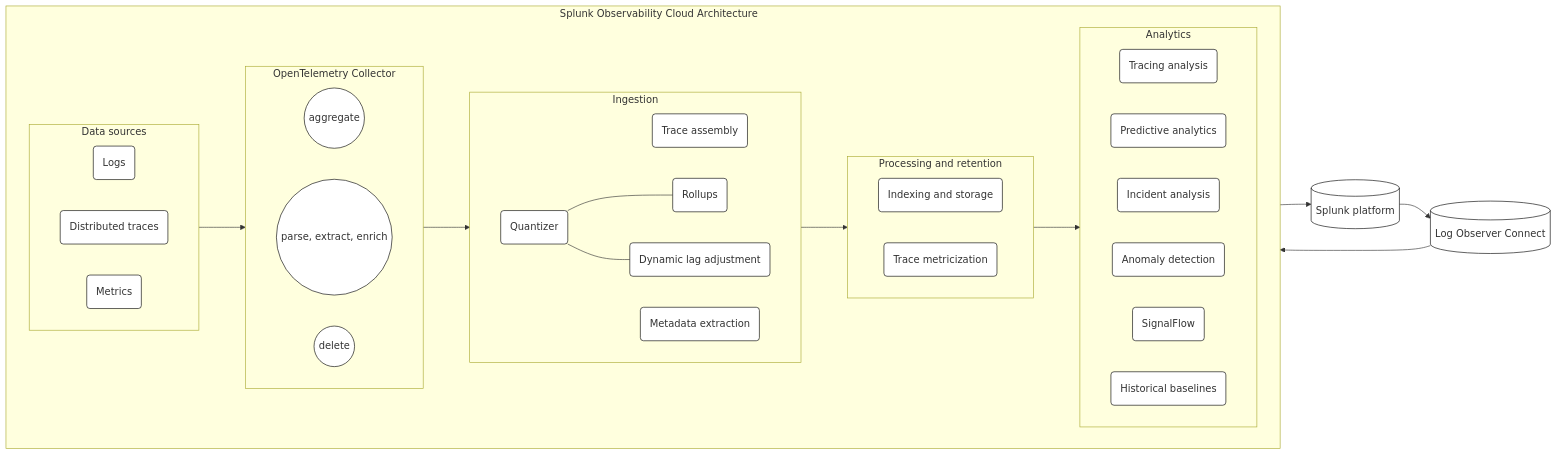
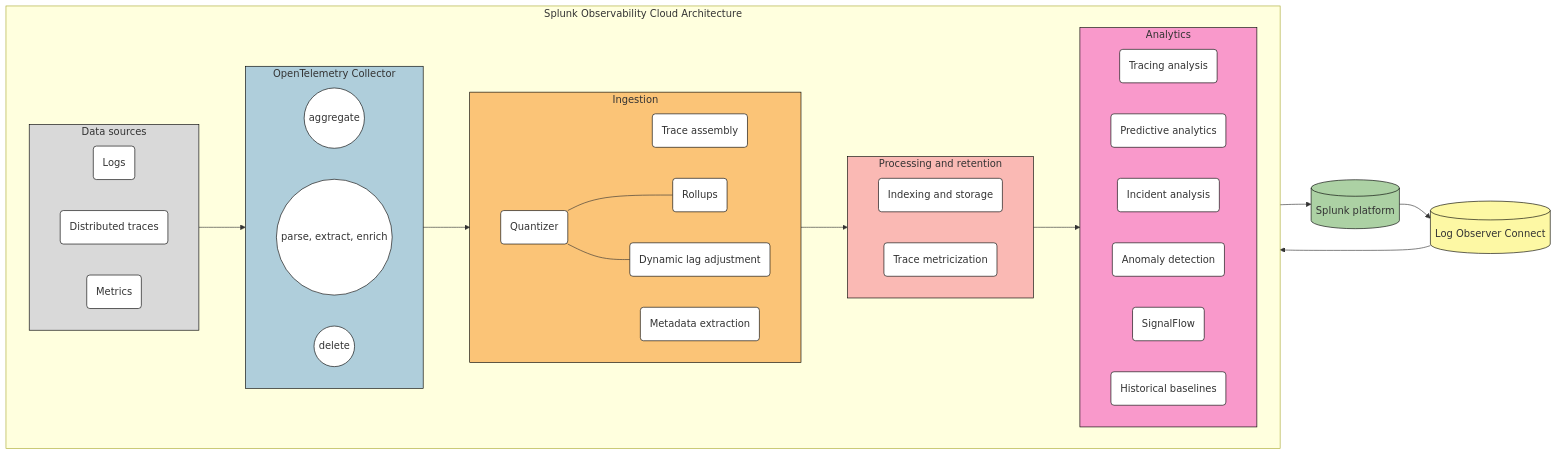
Before and after one commit to splunk/public-o11y-docs: the diagram in get-started/o11y-architecture.rst, drawn with Mermaid.

Commit message:
Add colors

```diff
--- a/get-started/o11y-architecture.rst
+++ b/get-started/o11y-architecture.rst
@@ -27,14 +27,25 @@
   flowchart LR
       %% LR indicates the direction (left-to-right)
 
-      %% You can define classes to style nodes and oth
+
       classDef default fill:#FFFFFF, stroke:#000
-      log-->splunkPlatform[(Splunk platform)]-->logObserver[(Log Observer Connect)]-->analytics
+      classDef platform fill:#acd1a4, stroke:#000
+      classDef loc fill:#fdf8a4, stroke:#000
+      classDef dataColor fill:#d9d9d9, stroke:#000
+      classDef otelColor fill:#afcedb, stroke:#000
+      classDef ingestionColor fill:#fbc477, stroke:#000
+      classDef processingColor fill:#fab9b4, stroke:#000
+      classDef analyticsColor fill:#f999cb, stroke:#000
+
+      log-->splunkPlatform[(Splunk platform)]:::platform-->logObserver[(Log Observer Connect)]:::loc-->analytics
       
-      subgraph o11yArchitecture[&nbsp&nbsp&nbsp&nbsp&nbsp&nbsp&nbsp&nbsp&nbsp&nbspSplunk Observability Cloud Architecture]
+      subgraph o11yArchitecture[Splunk Observability Cloud Architecture]
       direction LR
-        data-->otel-->ingestion-->processingRetention-->analytics
+        data-->otel-->ingestion
+        ingestion-->processingRetention-->analytics
 
+        class data dataColor
+        
         subgraph data[Data sources]
             direction LR
             log(Logs)
@@ -42,12 +53,16 @@
             metric(Metrics)
         end 
         
+        class otel otelColor
+
         subgraph otel[OpenTelemetry Collector]
             direction LR
             aggregate((aggregate))
             parse((parse, extract, enrich))
             delete((delete))
         end
+
+        class ingestion ingestionColor
 
         subgraph ingestion[Ingestion]
             direction LR 
@@ -57,11 +72,15 @@
             metadataExtraction(Metadata extraction)
         end
 
+        class processingRetention processingColor
+
         subgraph processingRetention[Processing and retention]
             direction LR 
             indexStorage(Indexing and storage)
             traceMetricization(Trace metricization)
         end
+
+        class analytics analyticsColor
 
         subgraph analytics[Analytics]
             direction LR 
```
